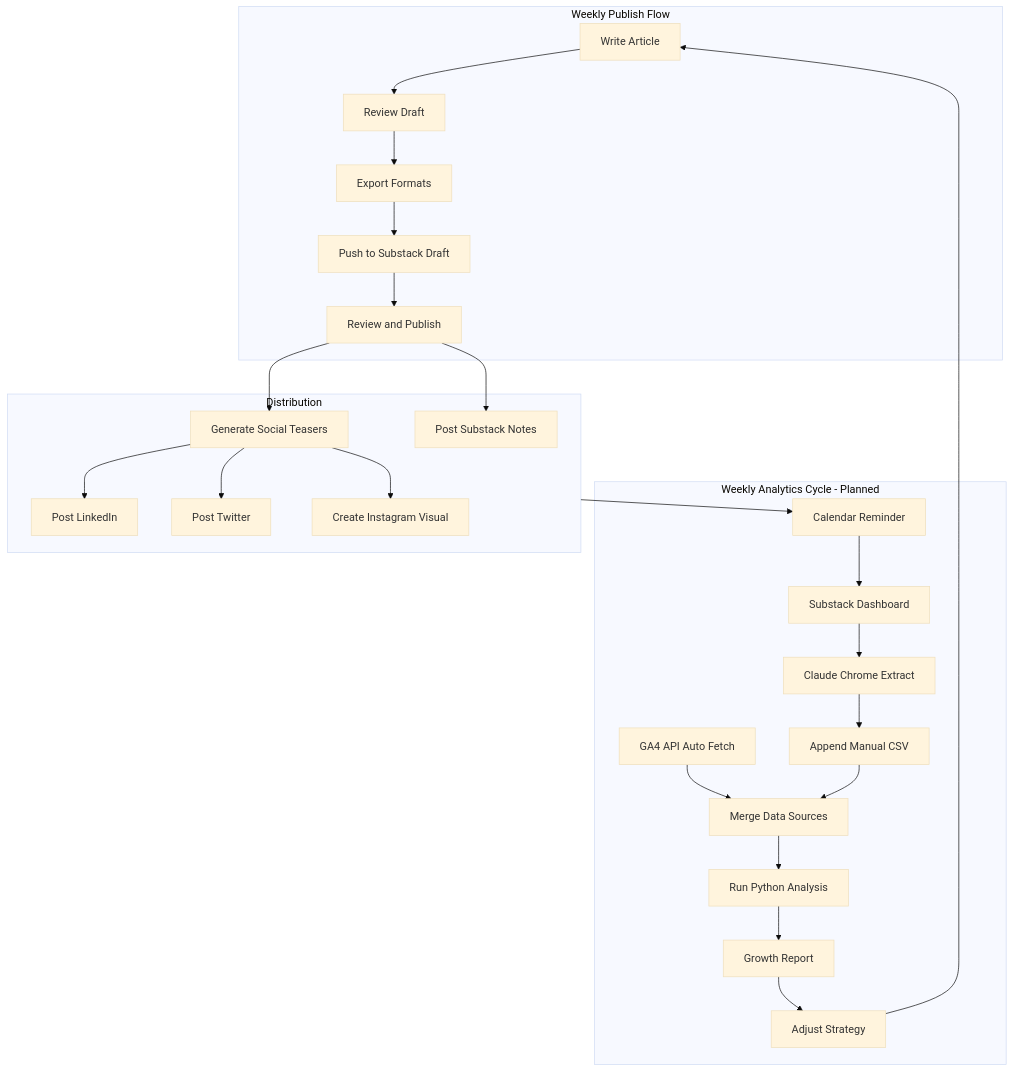
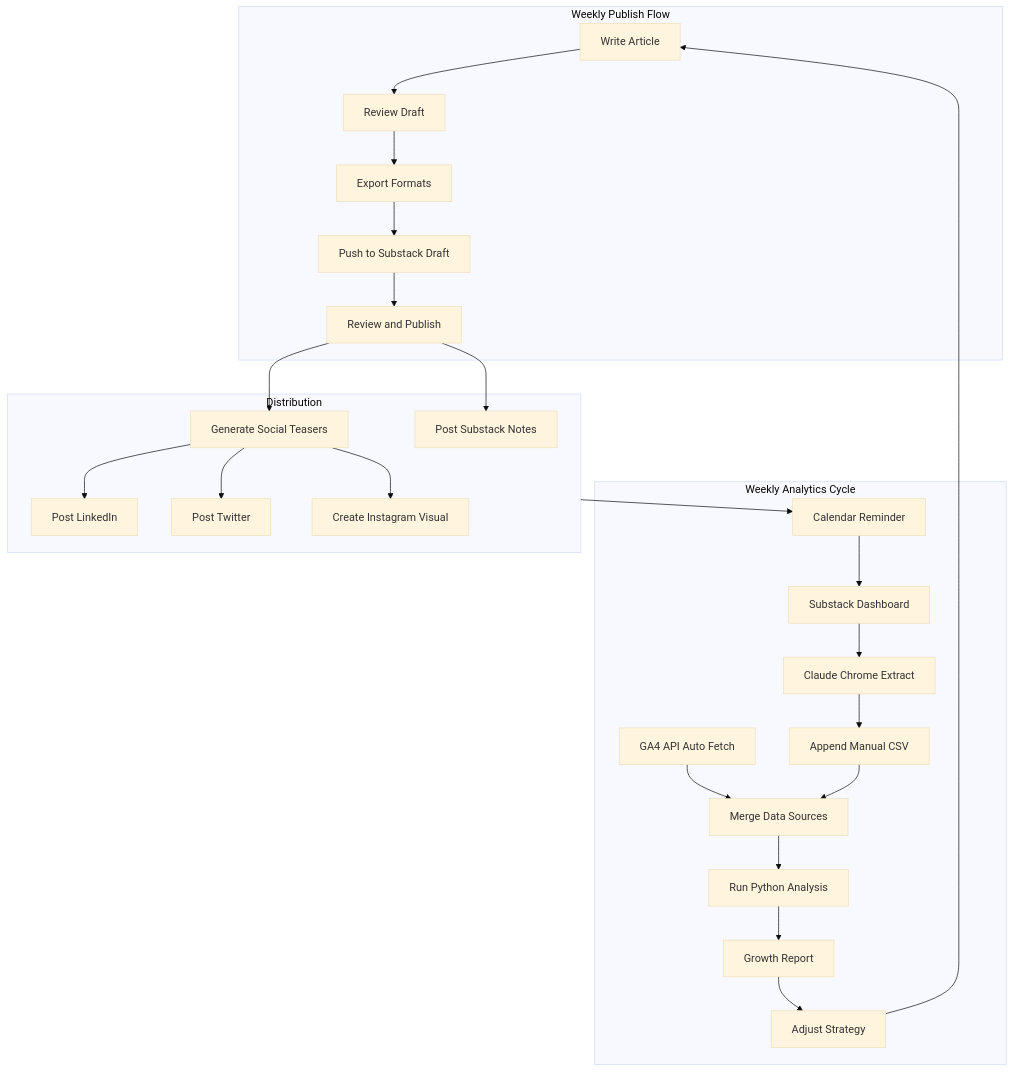
One commit to cnantoninor/articles changed the diagram in docs/publishing-workflow.md. Above: the diagram before and after it, drawn with Mermaid (base theme). The commit also changed other lines of this file and 26 other files, not shown here.

````diff
--- a/docs/publishing-workflow.md
+++ b/docs/publishing-workflow.md
@@ -31,31 +31,31 @@
 ```mermaid
 flowchart TD
     subgraph publish [Weekly Publish Flow]
         Write[Write Article] --> Review[Review Draft]
         Review --> Export[Export Formats]
         Export --> SubstackDraft[Push to Substack Draft]
         SubstackDraft --> PublishStep[Review and Publish]
     end
 
     subgraph distribute [Distribution]
         PublishStep --> Teasers[Generate Social Teasers]
         Teasers --> LinkedIn[Post LinkedIn]
         Teasers --> Twitter[Post Twitter]
         Teasers --> Instagram[Create Instagram Visual]
         PublishStep --> Notes[Post Substack Notes]
     end
 
-    subgraph analytics [Weekly Analytics Cycle - Planned]
+    subgraph analytics [Weekly Analytics Cycle]
         GA4[GA4 API Auto Fetch] --> Merge[Merge Data Sources]
         Calendar[Calendar Reminder] --> Dashboard[Substack Dashboard]
         Dashboard --> ChromePlugin[Claude Chrome Extract]
         ChromePlugin --> ManualCSV[Append Manual CSV]
         ManualCSV --> Merge
         Merge --> Scripts[Run Python Analysis]
         Scripts --> Report[Growth Report]
         Report --> Adjust[Adjust Strategy]
     end
 
     distribute --> Calendar
     Adjust --> Write
 ```
````
